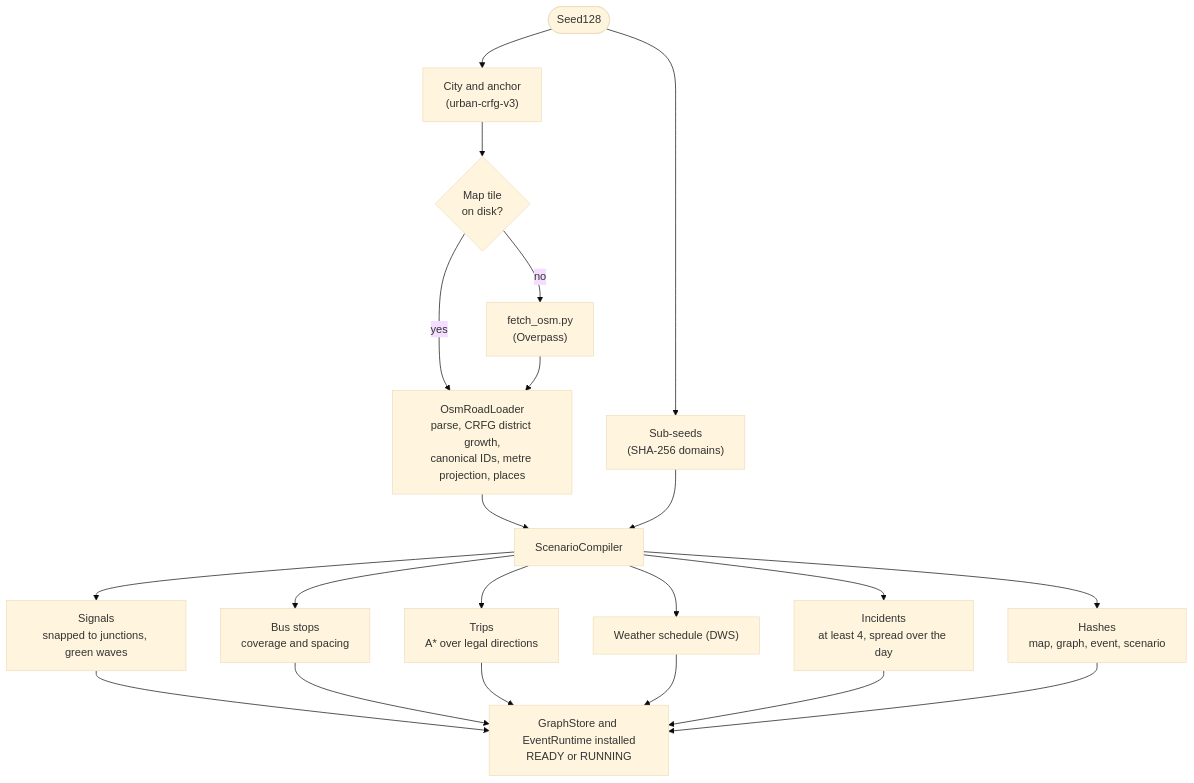
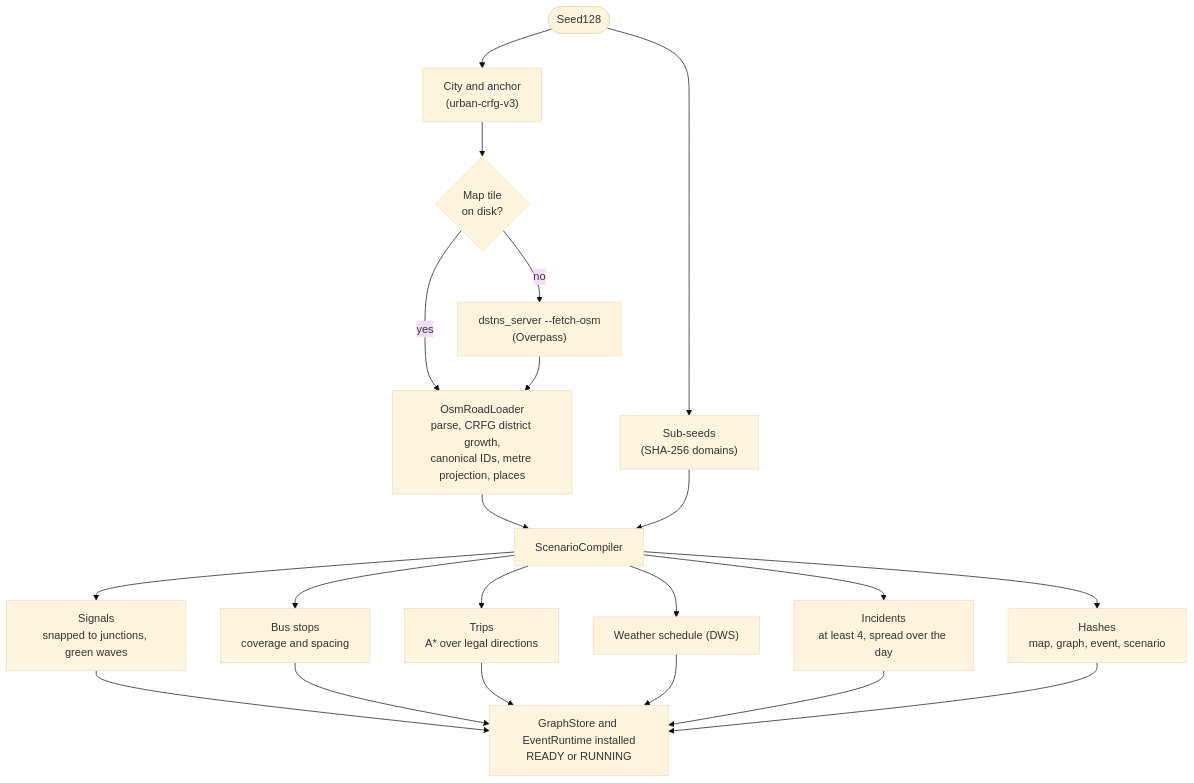
Before and after one commit to varunkarthic/DSTNS: the second of 3 diagrams in docs/concepts/architecture.md, drawn with Mermaid (base theme). The commit also changed other lines of this file and 29 other files, not shown here.

````diff
--- a/docs/concepts/architecture.md
+++ b/docs/concepts/architecture.md
@@ -109,18 +109,18 @@
 ```mermaid
 flowchart TD
     Seed(["Seed128"]) --> Geo["City and anchor<br/>(urban-crfg-v3)"]
     Seed --> Sub["Sub-seeds<br/>(SHA-256 domains)"]
     Geo --> Tile{"Map tile<br/>on disk?"}
-    Tile -- "no" --> Fetch["fetch_osm.py<br/>(Overpass)"]
+    Tile -- "no" --> Fetch["dstns_server --fetch-osm<br/>(Overpass)"]
     Tile -- "yes" --> Load
     Fetch --> Load["OsmRoadLoader<br/>parse, CRFG district growth,<br/>canonical IDs, metre projection, places"]
     Load --> Comp
     Sub --> Comp["ScenarioCompiler"]
     Comp --> S1["Signals<br/>snapped to junctions, green waves"]
     Comp --> S2["Bus stops<br/>coverage and spacing"]
     Comp --> S3["Trips<br/>A* over legal directions"]
     Comp --> S4["Weather schedule (DWS)"]
     Comp --> S5["Incidents<br/>at least 4, spread over the day"]
     Comp --> S6["Hashes<br/>map, graph, event, scenario"]
     S1 & S2 & S3 & S4 & S5 & S6 --> Install["GraphStore and EventRuntime installed<br/>READY or RUNNING"]
 ```
````
